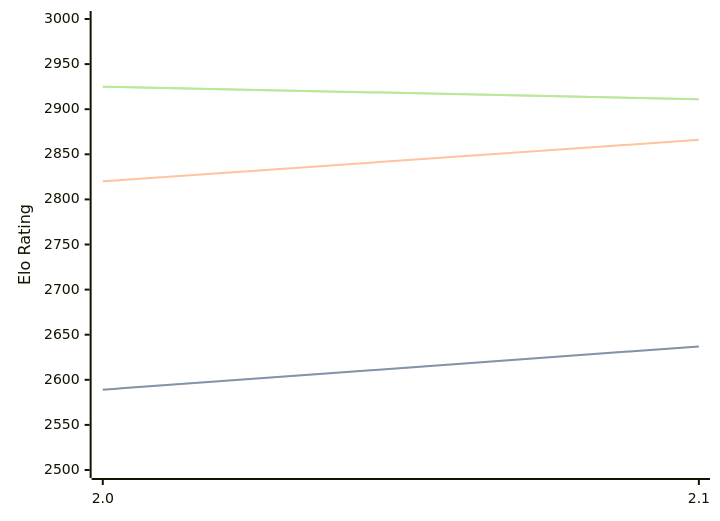
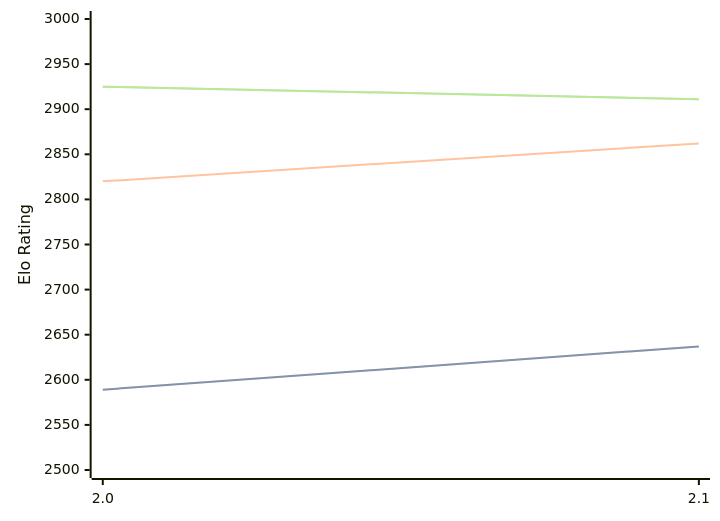
The diagram in engines/Noggin.md (computer-chess-index/cci), drawn with Mermaid before and after one commit. The commit also changed other lines of this file, not shown here.

````diff
--- a/engines/Noggin.md
+++ b/engines/Noggin.md
@@ -33,11 +33,11 @@
 ```mermaid
 %%{init: {"theme":"base","themeVariables":{"seriesColors:['#a3a3a3','#222221','#faa371']}}}%%
 xychart-beta
   x-axis ["2.0", "2.1"]
   y-axis "Elo Rating" 2500 --> 3000
   line "STC (8.0+0.08s)" [2589, 2637]
   line "STC (8.0+0.08s)" [2589, 2637]
-  line "LTC (60.0+0.60s)" [2820, 2866]
+  line "LTC (60.0+0.60s)" [2820, 2862]
   line "VLTC (2m24s+1.12s)" [2925, 2911]
   line "VLTC (2m24s+1.12s)" [2925, 2911]
 ```
````
